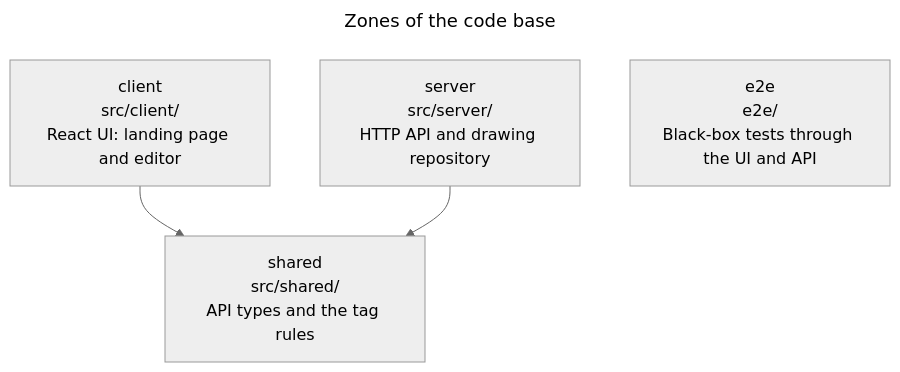
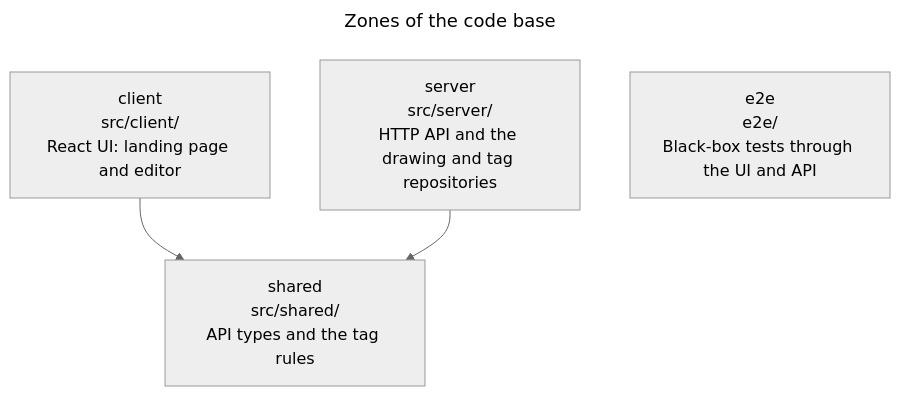
Before and after one commit to remshams/excalidraw-dashboard: the third of 10 diagrams in docs/architecture/architecture.md, drawn with Mermaid (neutral theme). The commit also changed other lines of this file and 1 other file, not shown here.

Commit message:
docs(Architecture): name the tag repository in the server zone

````diff
--- a/docs/architecture/architecture.md
+++ b/docs/architecture/architecture.md
@@ -86,12 +86,12 @@
 ```mermaid
 ---
 title: Zones of the code base
 ---
 flowchart TD
     client["client<br>src/client/<br>React UI: landing page and editor"]:::module
-    server["server<br>src/server/<br>HTTP API and drawing repository"]:::module
+    server["server<br>src/server/<br>HTTP API and the drawing and tag repositories"]:::module
     shared["shared<br>src/shared/<br>API types and the tag rules"]:::module
     e2e["e2e<br>e2e/<br>Black-box tests through the UI and API"]:::module
     client --> shared
     server --> shared
 ```
````
